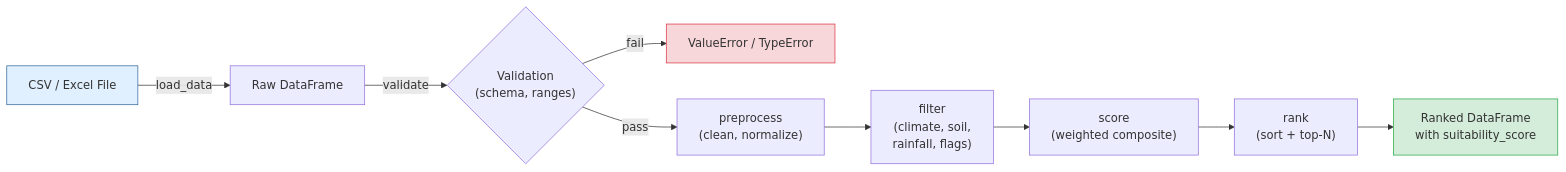
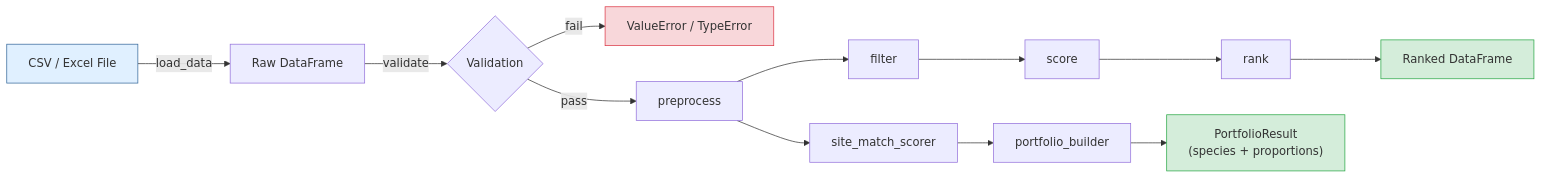
Before and after one commit to achmadnaufal/tree-species-selector: the diagram in README.md, drawn with Mermaid. The commit also changed other lines of this file and 4 other files, not shown here.

````diff
--- a/README.md
+++ b/README.md
@@ -344,15 +342,20 @@
 ```mermaid
 flowchart LR
     A["CSV / Excel File"] -->|load_data| B["Raw DataFrame"]
-    B -->|validate| C{"Validation\n(schema, ranges)"}
+    B -->|validate| C{"Validation"}
     C -->|fail| X["ValueError / TypeError"]
-    C -->|pass| D["preprocess\n(clean, normalize)"]
-    D --> E["filter\n(climate, soil,\nrainfall, flags)"]
-    E --> F["score\n(weighted composite)"]
-    F --> G["rank\n(sort + top-N)"]
-    G --> H["Ranked DataFrame\nwith suitability_score"]
+    C -->|pass| D["preprocess"]
+    D --> E["filter"]
+    E --> F["score"]
+    F --> G["rank"]
+    G --> H["Ranked DataFrame"]
+
+    D --> S["site_match_scorer"]
+    S --> P["portfolio_builder"]
+    P --> Q["PortfolioResult\n(species + proportions)"]
 
     style A fill:#e0f0ff,stroke:#369
     style H fill:#d4edda,stroke:#28a745
+    style Q fill:#d4edda,stroke:#28a745
     style X fill:#f8d7da,stroke:#dc3545
 ```
````
